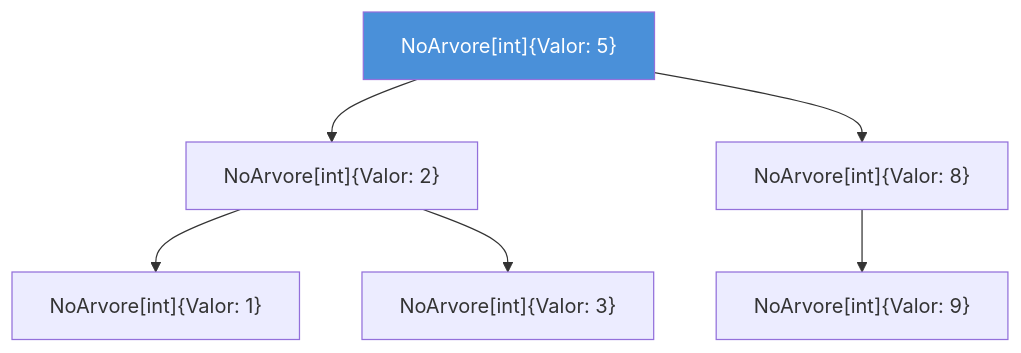
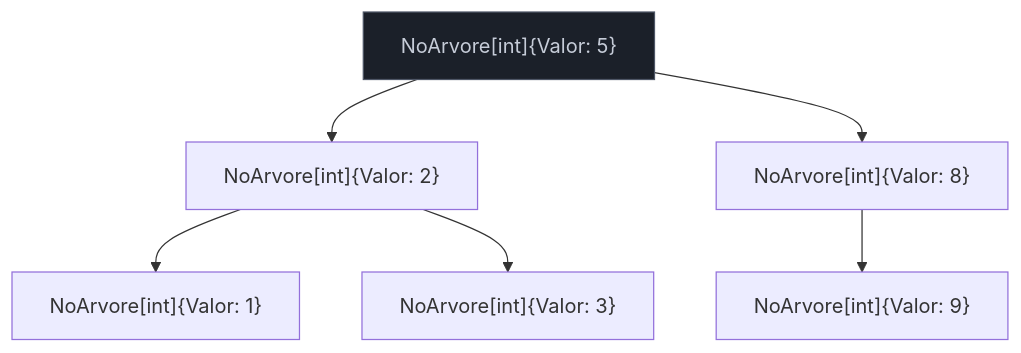
Before and after one commit to josenaldo/codex-technomanticus: the second of 2 diagrams in 03-Dominios/Tecnologia/Go/06 - Generics/04 - Tipos genéricos.md, drawn with Mermaid. The commit also changed other lines of this file and 1181 other files, not shown here.

First line of the commit message:
fix(diagramas): paleta do sistema no lugar de cor cravada no markdown

````diff
--- a/03-Dominios/Tecnologia/Go/06 - Generics/04 - Tipos genéricos.md
+++ b/03-Dominios/Tecnologia/Go/06 - Generics/04 - Tipos genéricos.md
@@ -263,11 +265,12 @@
 ```mermaid
 flowchart TB
+    classDef neutro fill:#1B2029,stroke:#4E5666,color:#C6CCD8
     R["NoArvore[int]{Valor: 5}"]
     R --> E["NoArvore[int]{Valor: 2}"]
     R --> D["NoArvore[int]{Valor: 8}"]
     E --> EE["NoArvore[int]{Valor: 1}"]
     E --> ED["NoArvore[int]{Valor: 3}"]
     D --> DD["NoArvore[int]{Valor: 9}"]
 
-    style R fill:#4A90D9,color:#fff
+    class R neutro
 ```
````
